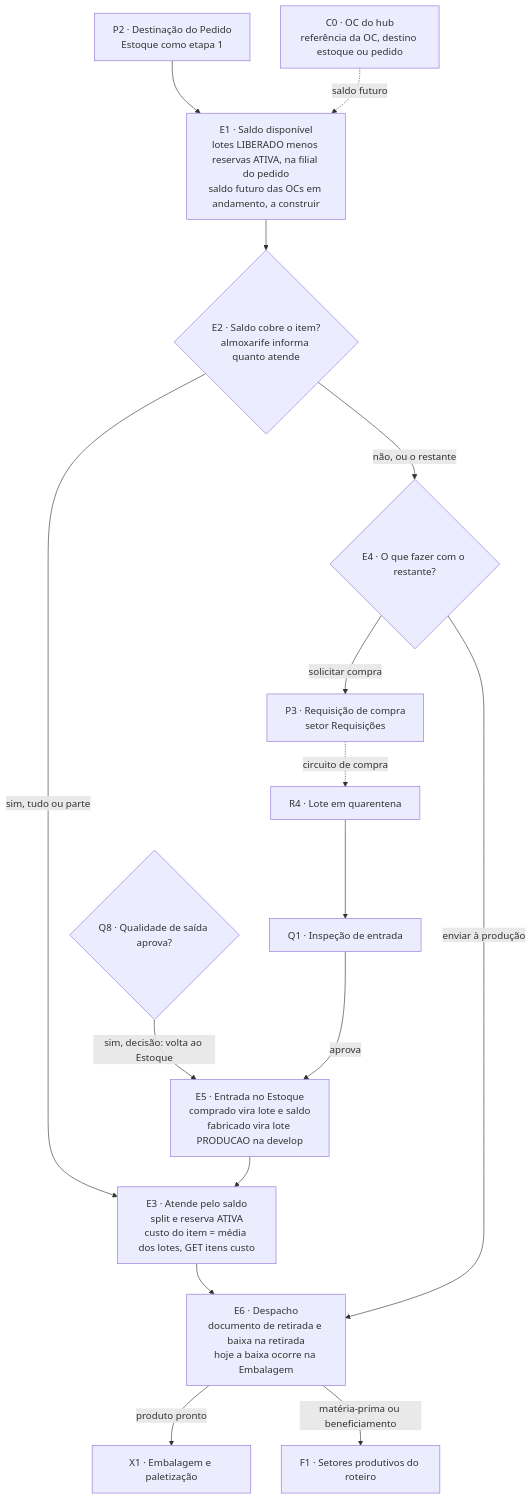
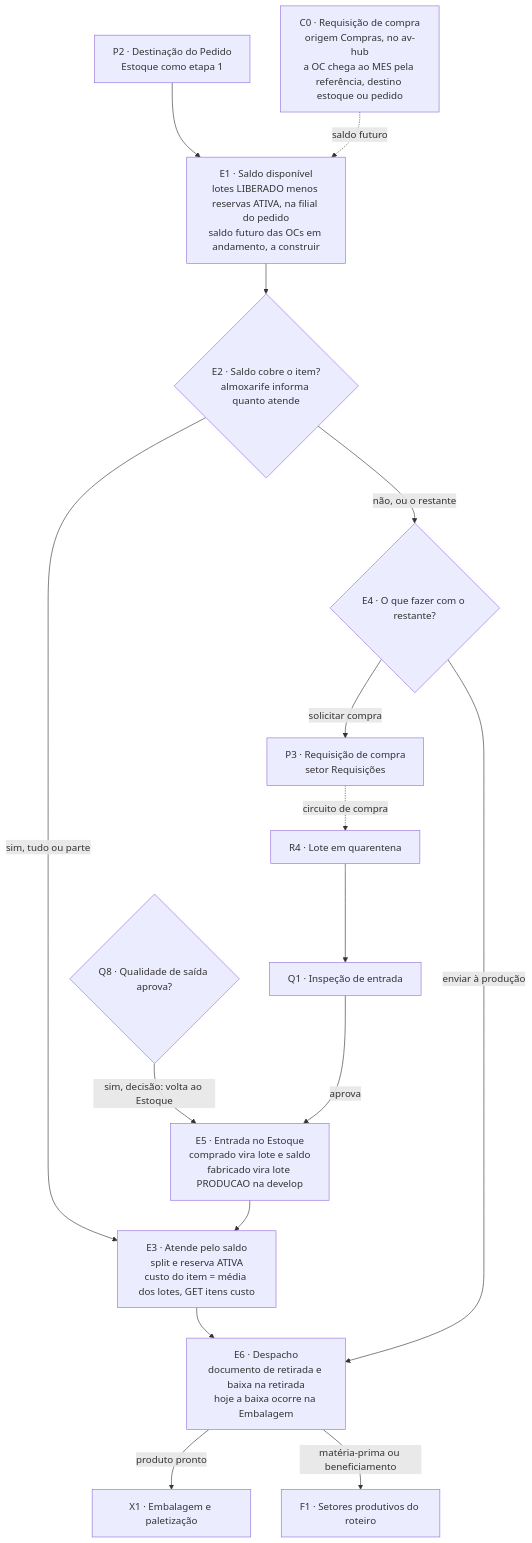
The diagram in 02-Fluxo-de-Atividades/05-Estoque-Atendimento.md (pablo-cruzbr/vault-avhub-mer), drawn with Mermaid before and after one commit. The commit also changed other lines of this file, not shown here.

Commit message:
v3(bloco 8): reescrita para leitura de 05-Estoque-Atendimento (quadro datado desmontado nas seções; fatos conferidos)

````diff
--- a/02-Fluxo-de-Atividades/05-Estoque-Atendimento.md
+++ b/02-Fluxo-de-Atividades/05-Estoque-Atendimento.md
@@ -232,18 +236,18 @@
 ```mermaid
 flowchart TD
     P2["P2 · Destinação do Pedido<br/>Estoque como etapa 1"] --> E1["E1 · Saldo disponível<br/>lotes LIBERADO menos reservas ATIVA, na filial do pedido<br/>saldo futuro das OCs em andamento, a construir"]
-    C0["C0 · OC do hub<br/>referência da OC, destino estoque ou pedido"] -.->|"saldo futuro"| E1
+    C0["C0 · Requisição de compra<br/>origem Compras, no av-hub<br/>a OC chega ao MES pela referência, destino estoque ou pedido"] -.->|"saldo futuro"| E1
     E1 --> E2{"E2 · Saldo cobre o item?<br/>almoxarife informa quanto atende"}
     E2 -->|"sim, tudo ou parte"| E3["E3 · Atende pelo saldo<br/>split e reserva ATIVA<br/>custo do item = média dos lotes, GET itens custo"]
     E2 -->|"não, ou o restante"| E4{"E4 · O que fazer com o restante?"}
     E4 -->|"solicitar compra"| P3["P3 · Requisição de compra<br/>setor Requisições"]
     E4 -->|"enviar à produção"| E6
     P3 -.->|"circuito de compra"| R4["R4 · Lote em quarentena"]
     R4 --> Q1["Q1 · Inspeção de entrada"]
     Q1 -->|"aprova"| E5["E5 · Entrada no Estoque<br/>comprado vira lote e saldo<br/>fabricado vira lote PRODUCAO na develop"]
     Q8{"Q8 · Qualidade de saída aprova?"} -->|"sim, decisão: volta ao Estoque"| E5
     E5 --> E3
     E3 --> E6["E6 · Despacho<br/>documento de retirada e baixa na retirada<br/>hoje a baixa ocorre na Embalagem"]
     E6 -->|"produto pronto"| X1["X1 · Embalagem e paletização"]
     E6 -->|"matéria-prima ou beneficiamento"| F1["F1 · Setores produtivos do roteiro"]
 ```
````
